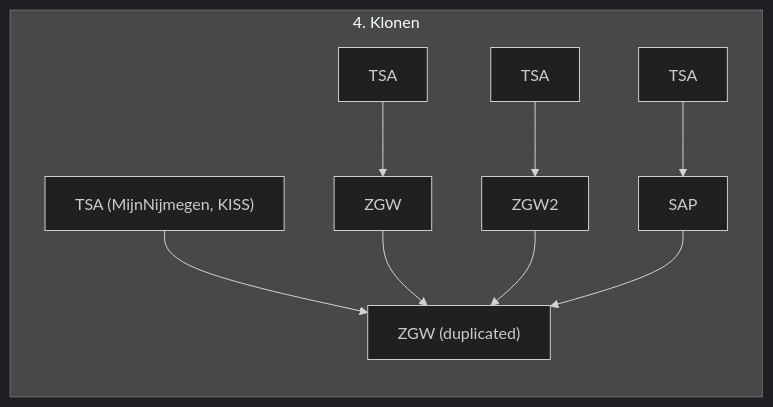
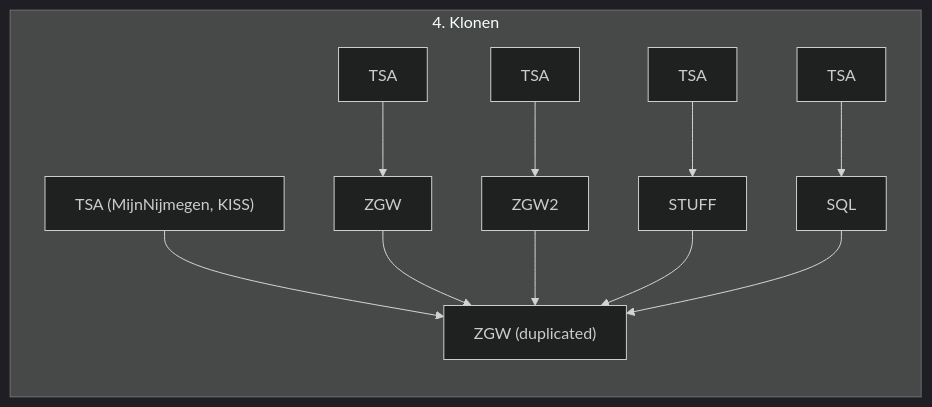
One commit to GemeenteNijmegen/mijn-services changed the fourth of 4 diagrams in docs/Architectuur/ZGW-opties.md. Above: the diagram before and after it, drawn with Mermaid (dark theme).

Commit message:
docs: update zgw opties plaat

````diff
--- a/docs/Architectuur/ZGW-opties.md
+++ b/docs/Architectuur/ZGW-opties.md
@@ -73,23 +73,27 @@
 ```mermaid
 graph LR
     %% Diagram 4 - Klonen
     subgraph Diagram4["4. Klonen"]
         ZGW4_1[ZGW]
         ZGW4_2[ZGW2]
-        SAP[SAP]
+        STUFF[STUFF]
+        SQL[SQL]
         ZGW4_3["ZGW (duplicated)"]
         TSA4_1[TSA]
         TSA4_2[TSA]
         TSA4_3[TSA]
         TSA4_4["TSA (MijnNijmegen, KISS)"]
+        TSA4_5[TSA]
         
         TSA4_1 --> ZGW4_1
         TSA4_2 --> ZGW4_2
-        TSA4_3 --> SAP
+        TSA4_3 --> STUFF
         TSA4_4 --> ZGW4_3
+        TSA4_5 --> SQL
 
         ZGW4_1 --> ZGW4_3
         ZGW4_2 --> ZGW4_3
-        SAP --> ZGW4_3
+        STUFF --> ZGW4_3
+        SQL --> ZGW4_3
     end
 ```
````
